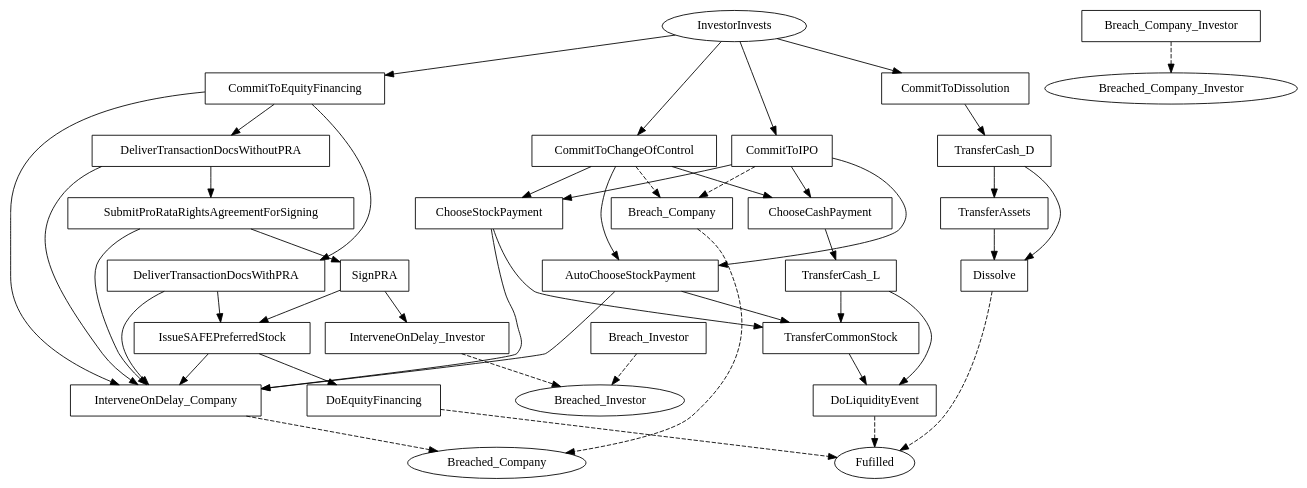
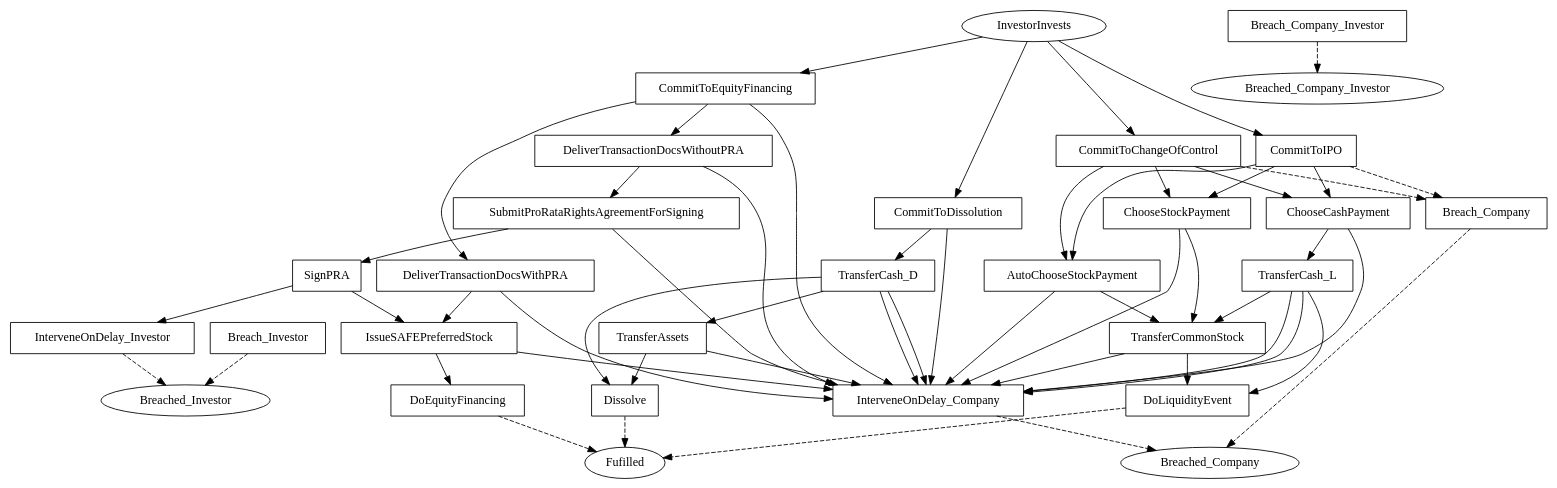
The diagram in linear_state_machine_language/pyL4/examples/out_graphviz/serious/SAFE_discount.dot (Marcao02/complaw-deeptech), drawn with Graphviz before and after one commit. The commit also changed 39 other files, not shown here.

```diff
--- a/linear_state_machine_language/pyL4/examples/out_graphviz/serious/SAFE_discount.dot
+++ b/linear_state_machine_language/pyL4/examples/out_graphviz/serious/SAFE_discount.dot
@@ -1,87 +1,95 @@
 // THIS IS A GENERATED FILE. DO NOT EDIT.
 
 digraph SAFE {    
     Fulfilled[label=Fufilled];
     InvestorInvests[label=InvestorInvests];
 	Breached_Investor[label=Breached_Investor];
 	Breached_Company[label=Breached_Company];
 	Breached_Company_Investor[label=Breached_Company_Investor]
     
      
     CommitToEquityFinancing[label=CommitToEquityFinancing,shape=box];
 	DeliverTransactionDocsWithPRA[label=DeliverTransactionDocsWithPRA,shape=box];
 	DeliverTransactionDocsWithoutPRA[label=DeliverTransactionDocsWithoutPRA,shape=box];
 	SubmitProRataRightsAgreementForSigning[label=SubmitProRataRightsAgreementForSigning,shape=box];
 	SignPRA[label=SignPRA,shape=box];
 	IssueSAFEPreferredStock[label=IssueSAFEPreferredStock,shape=box];
 	DoEquityFinancing[label=DoEquityFinancing,shape=box];
 	CommitToIPO[label=CommitToIPO,shape=box];
 	CommitToChangeOfControl[label=CommitToChangeOfControl,shape=box];
 	AutoChooseStockPayment[label=AutoChooseStockPayment,shape=box];
 	ChooseStockPayment[label=ChooseStockPayment,shape=box];
 	TransferCommonStock[label=TransferCommonStock,shape=box];
 	ChooseCashPayment[label=ChooseCashPayment,shape=box];
 	TransferCash_L[label=TransferCash_L,shape=box];
 	DoLiquidityEvent[label=DoLiquidityEvent,shape=box];
 	CommitToDissolution[label=CommitToDissolution,shape=box];
 	TransferCash_D[label=TransferCash_D,shape=box];
 	TransferAssets[label=TransferAssets,shape=box];
 	Dissolve[label=Dissolve,shape=box];
 	Breach_Investor[label=Breach_Investor,shape=box];
 	Breach_Company[label=Breach_Company,shape=box];
 	Breach_Company_Investor[label=Breach_Company_Investor,shape=box];
 	InterveneOnDelay_Investor[label=InterveneOnDelay_Investor,shape=box];
 	InterveneOnDelay_Company[label=InterveneOnDelay_Company,shape=box]    
     
     
     
     InvestorInvests -> CommitToEquityFinancing;
 	InvestorInvests -> CommitToIPO;
 	InvestorInvests -> CommitToChangeOfControl;
 	InvestorInvests -> CommitToDissolution;
 	CommitToEquityFinancing -> DeliverTransactionDocsWithPRA;
 	CommitToEquityFinancing -> DeliverTransactionDocsWithoutPRA;
 	CommitToEquityFinancing -> InterveneOnDelay_Company;
 	DeliverTransactionDocsWithPRA -> IssueSAFEPreferredStock;
 	DeliverTransactionDocsWithPRA -> InterveneOnDelay_Company;
 	DeliverTransactionDocsWithoutPRA -> SubmitProRataRightsAgreementForSigning;
 	DeliverTransactionDocsWithoutPRA -> InterveneOnDelay_Company;
 	SubmitProRataRightsAgreementForSigning -> SignPRA;
 	SubmitProRataRightsAgreementForSigning -> InterveneOnDelay_Company;
 	SignPRA -> IssueSAFEPreferredStock;
 	SignPRA -> InterveneOnDelay_Investor;
 	IssueSAFEPreferredStock -> DoEquityFinancing;
 	IssueSAFEPreferredStock -> InterveneOnDelay_Company;
 	CommitToIPO -> ChooseCashPayment;
 	CommitToIPO -> ChooseStockPayment;
 	CommitToIPO -> AutoChooseStockPayment;
 	CommitToIPO -> Breach_Company [style=dashed];
 	CommitToChangeOfControl -> ChooseCashPayment;
 	CommitToChangeOfControl -> ChooseStockPayment;
 	CommitToChangeOfControl -> AutoChooseStockPayment;
 	CommitToChangeOfControl -> Breach_Company [style=dashed];
 	AutoChooseStockPayment -> TransferCommonStock;
 	AutoChooseStockPayment -> InterveneOnDelay_Company;
 	ChooseStockPayment -> TransferCommonStock;
 	ChooseStockPayment -> InterveneOnDelay_Company;
 	TransferCommonStock -> DoLiquidityEvent;
+	TransferCommonStock -> InterveneOnDelay_Company;
 	ChooseCashPayment -> TransferCash_L;
+	ChooseCashPayment -> InterveneOnDelay_Company;
 	TransferCash_L -> TransferCommonStock;
+	TransferCash_L -> InterveneOnDelay_Company;
 	TransferCash_L -> DoLiquidityEvent;
+	TransferCash_L -> InterveneOnDelay_Company;
 	CommitToDissolution -> TransferCash_D;
+	CommitToDissolution -> InterveneOnDelay_Company;
 	TransferCash_D -> TransferAssets;
+	TransferCash_D -> InterveneOnDelay_Company;
 	TransferCash_D -> Dissolve;
-	TransferAssets -> Dissolve
+	TransferCash_D -> InterveneOnDelay_Company;
+	TransferAssets -> Dissolve;
+	TransferAssets -> InterveneOnDelay_Company
     
     DoEquityFinancing -> Fulfilled [style=dashed];
 	DoLiquidityEvent -> Fulfilled [style=dashed];
 	Dissolve -> Fulfilled [style=dashed];
 	Breach_Investor -> Breached_Investor [style=dashed];
 	Breach_Company -> Breached_Company [style=dashed];
 	Breach_Company_Investor -> Breached_Company_Investor [style=dashed];
 	InterveneOnDelay_Investor -> Breached_Investor [style=dashed];
 	InterveneOnDelay_Company -> Breached_Company [style=dashed];
 	     
     
        
 }
```
